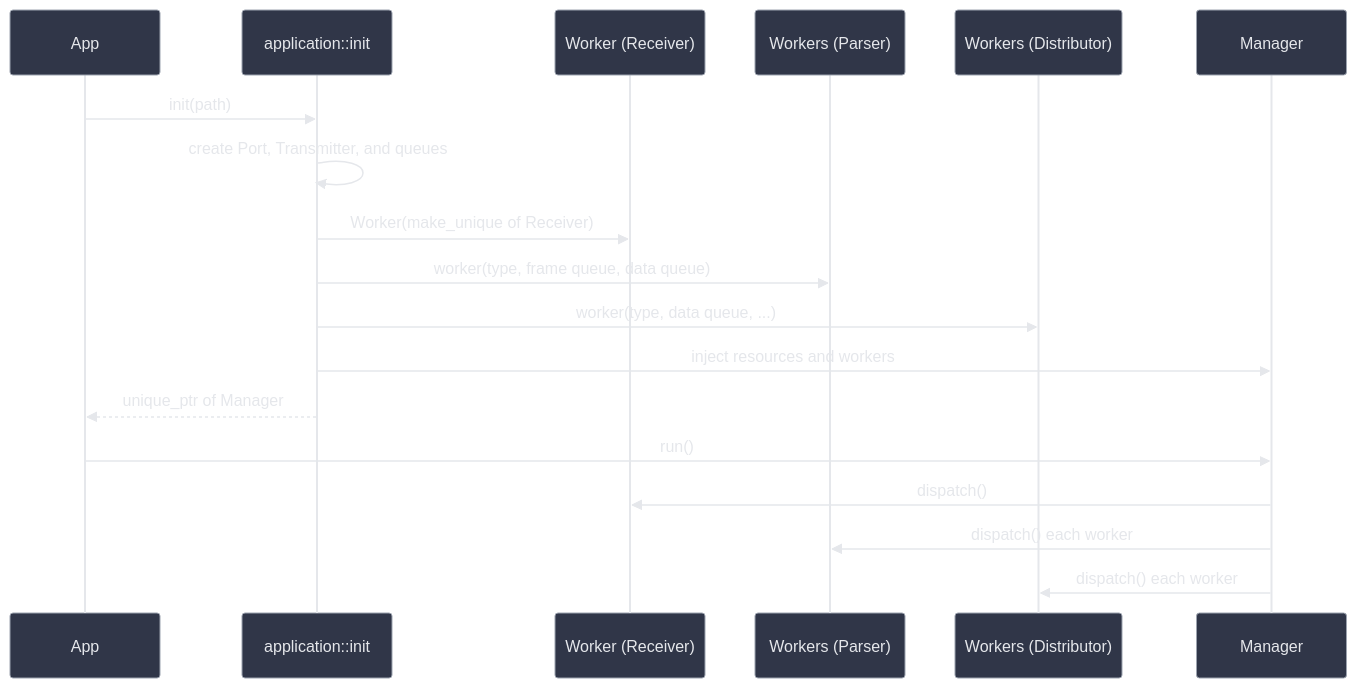
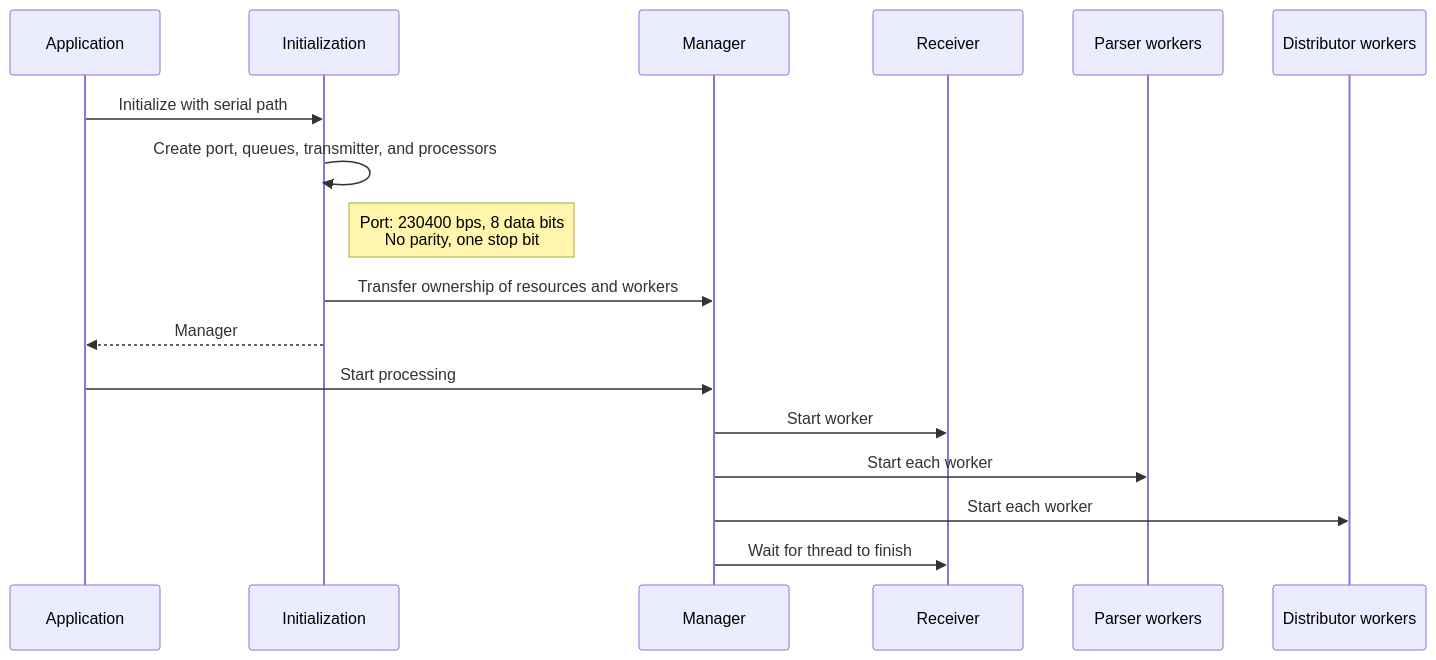
One commit to kei185/sensor-flow changed the fourth of 6 diagrams in docs/architecture.md. Above: the diagram before and after it, drawn with Mermaid. The commit also changed other lines of this file and 3 other files, not shown here.

````diff
--- a/docs/architecture.md
+++ b/docs/architecture.md
@@ -140,22 +115,20 @@
 ```mermaid
-%%{init: {"theme": "base", "themeVariables": {"darkMode": true, "background": "#1F2230", "primaryColor": "#303648", "primaryTextColor": "#E5E7EB", "primaryBorderColor": "#9CA3AF", "lineColor": "#E5E7EB", "textColor": "#E5E7EB", "actorLineColor": "#E5E7EB", "signalColor": "#E5E7EB", "signalTextColor": "#E5E7EB"}}}%%
 sequenceDiagram
-    participant App
-    participant Init as application::init
-    participant ReceiverStage as Worker (Receiver)
-    participant ParserStages as Workers (Parser)
-    participant DistributorStages as Workers (Distributor)
+    participant App as Application
+    participant Init as Initialization
     participant Manager
+    participant Receiver
+    participant Parsers as Parser workers
+    participant Distributors as Distributor workers
 
-    App->>Init: init(path)
-    Init->>Init: create Port, Transmitter, and queues
-    Init->>ReceiverStage: Worker(make_unique of Receiver)
-    Init->>ParserStages: worker(type, frame queue, data queue)
-    Init->>DistributorStages: worker(type, data queue, ...)
-    Init->>Manager: inject resources and workers
-    Init-->>App: unique_ptr of Manager
-    App->>Manager: run()
-    Manager->>ReceiverStage: dispatch()
-    Manager->>ParserStages: dispatch() each worker
-    Manager->>DistributorStages: dispatch() each worker
+    App->>Init: Initialize with serial path
+    Init->>Init: Create port, queues, transmitter, and processors
+    Note right of Init: Port: 230400 bps, 8 data bits<br/>No parity, one stop bit
+    Init->>Manager: Transfer ownership of resources and workers
+    Init-->>App: Manager
+    App->>Manager: Start processing
+    Manager->>Receiver: Start worker
+    Manager->>Parsers: Start each worker
+    Manager->>Distributors: Start each worker
+    Manager->>Receiver: Wait for thread to finish
 ```
````
